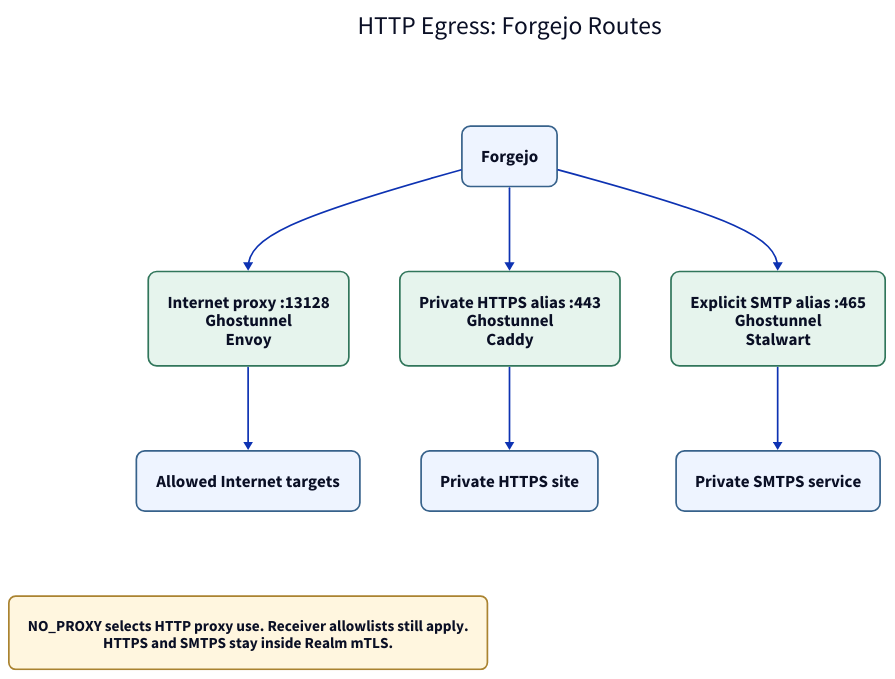
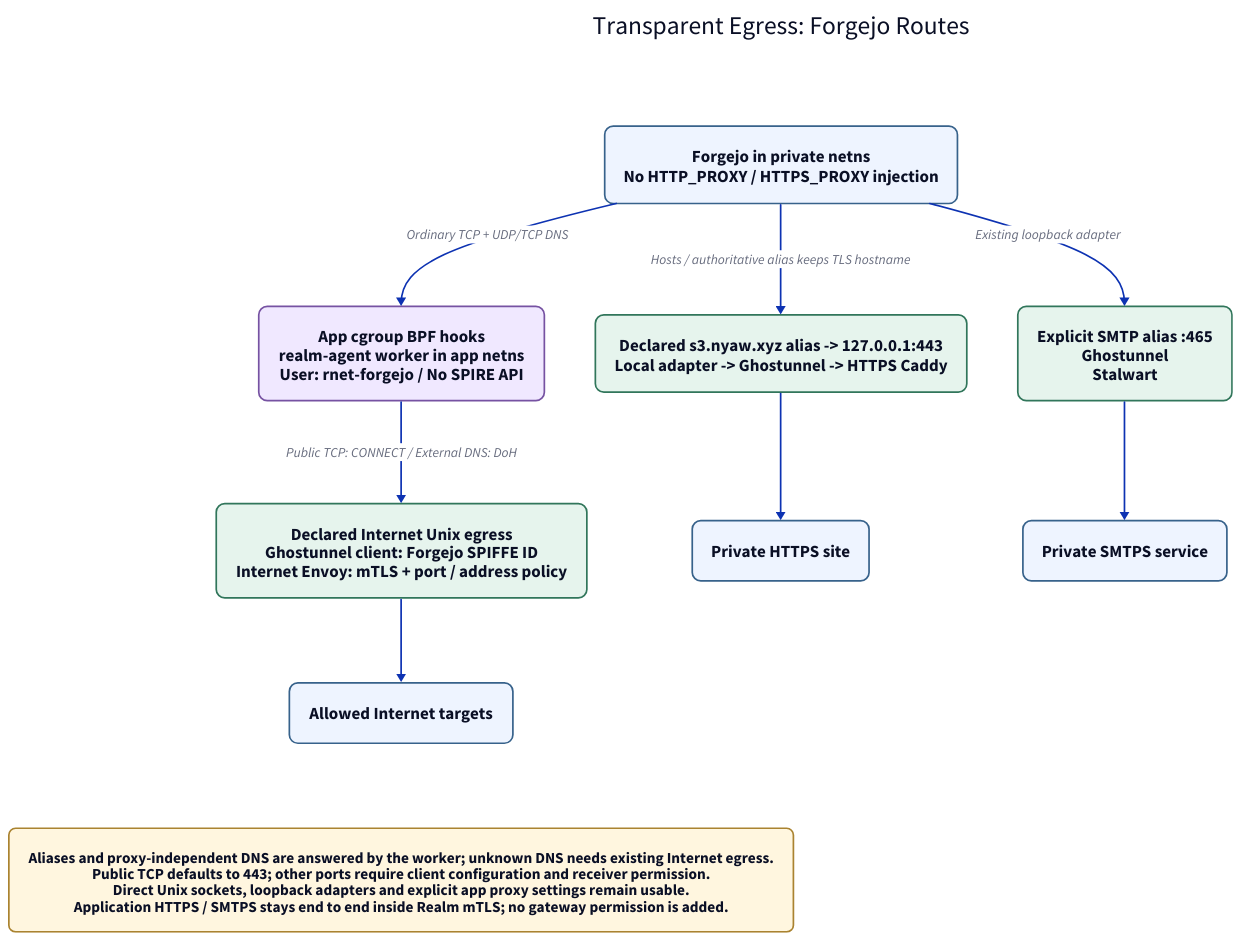
Before and after one commit to oluceps/nixos-config: the diagram in layout/http-egress.d2, drawn with D2. The commit also changed 11 other files, not shown here.

Commit message:
docs(realm): update architecture diagrams for transparent agent

```diff
--- a/layout/http-egress.d2
+++ b/layout/http-egress.d2
@@ -1,26 +1,29 @@
 direction: down
 vars: { d2-config: { theme-id: 0 } }
 classes: {
   node: { style: { fill: "#eef4ff"; stroke: "#37628b"; border-radius: 10; font-size: 20 } }
   gateway: { style: { fill: "#e6f4ed"; stroke: "#31765b"; border-radius: 10; font-size: 20 } }
+  agent: { style: { fill: "#f0e8ff"; stroke: "#7652a2"; border-radius: 10; font-size: 20 } }
   note: { style: { fill: "#fff6df"; stroke: "#aa8330"; border-radius: 8; font-size: 18 } }
 }
-title: "HTTP Egress: Forgejo Routes" { shape: text; style.font-size: 30 }
-forgejo: "Forgejo" { class: node }
-proxy: "Internet proxy :13128\nGhostunnel\nEnvoy" { class: gateway }
-https: "Private HTTPS alias :443\nGhostunnel\nCaddy" { class: gateway }
+title: "Transparent Egress: Forgejo Routes" { shape: text; style.font-size: 30 }
+forgejo: "Forgejo in private netns\nNo HTTP_PROXY / HTTPS_PROXY injection" { class: node }
+capture: "App cgroup BPF hooks\nrealm-agent worker in app netns\nUser: rnet-forgejo / No SPIRE API" { class: agent }
+proxy: "Declared Internet Unix egress\nGhostunnel client: Forgejo SPIFFE ID\nInternet Envoy: mTLS + port / address policy" { class: gateway }
+https: "Declared s3.nyaw.xyz alias -> 127.0.0.1:443\nLocal adapter -> Ghostunnel -> HTTPS Caddy" { class: gateway }
 smtp: "Explicit SMTP alias :465\nGhostunnel\nStalwart" { class: gateway }
 internet: "Allowed Internet targets" { class: node }
 private: "Private HTTPS site" { class: node }
 mail: "Private SMTPS service" { class: node }
-forgejo -> proxy
+forgejo -> capture: "Ordinary TCP + UDP/TCP DNS"
+capture -> proxy: "Public TCP: CONNECT / External DNS: DoH"
 proxy -> internet
-forgejo -> https
+forgejo -> https: "Hosts / authoritative alias keeps TLS hostname"
 https -> private
-forgejo -> smtp
+forgejo -> smtp: "Existing loopback adapter"
 smtp -> mail
-note: "NO_PROXY selects HTTP proxy use. Receiver allowlists still apply.\nHTTPS and SMTPS stay inside Realm mTLS." { class: note }
+note: "Aliases and proxy-independent DNS are answered by the worker; unknown DNS needs existing Internet egress.\nPublic TCP defaults to 443; other ports require client configuration and receiver permission.\nDirect Unix sockets, loopback adapters and explicit app proxy settings remain usable.\nApplication HTTPS / SMTPS stays end to end inside Realm mTLS; no gateway permission is added." { class: note }
 
 # Invisible edges place the title and note on their own rows.
 title -> forgejo: { style.opacity: 0 }
 internet -> note: { style.opacity: 0 }
```
